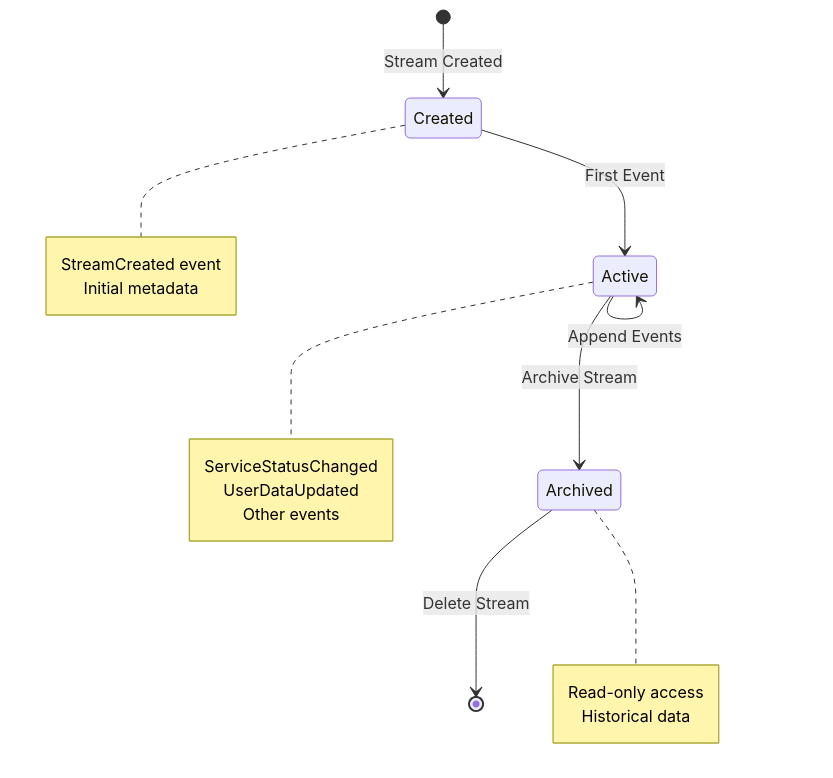
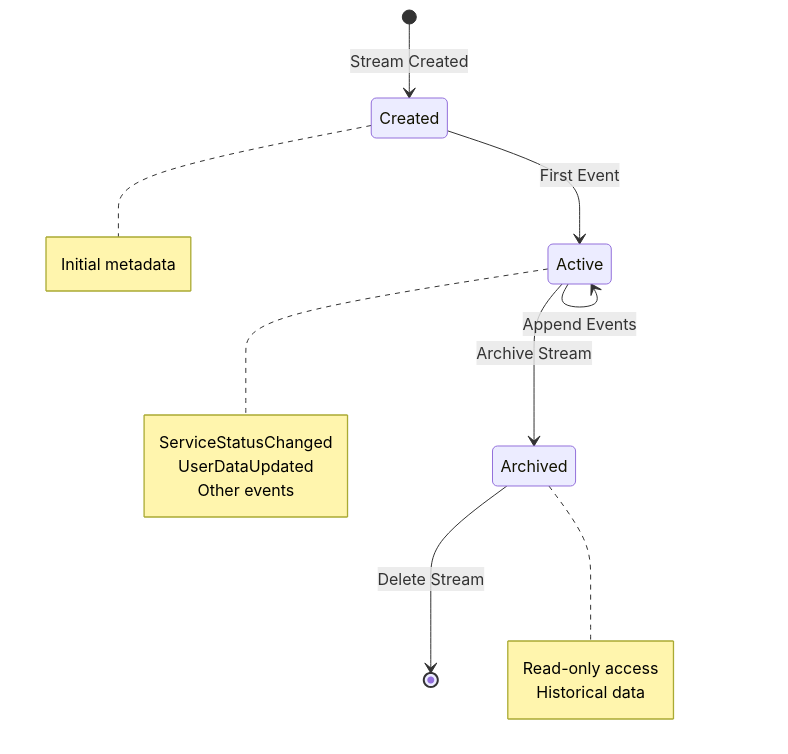
One commit to MaximEdogawa/penguin-pool changed the fifth of 6 diagrams in backend/docs/STREAM_ARCHITECTURE.md. Above: the diagram before and after it, drawn with Mermaid. The commit also changed other lines of this file and 6 other files, not shown here.

````diff
--- a/backend/docs/STREAM_ARCHITECTURE.md
+++ b/backend/docs/STREAM_ARCHITECTURE.md
@@ -162,24 +161,23 @@
 ```mermaid
 stateDiagram-v2
     [*] --> Created: Stream Created
     Created --> Active: First Event
     Active --> Active: Append Events
     Active --> Archived: Archive Stream
     Archived --> [*]: Delete Stream
 
     note right of Created
-        StreamCreated event
         Initial metadata
     end note
 
     note right of Active
         ServiceStatusChanged
         UserDataUpdated
         Other events
     end note
 
     note right of Archived
         Read-only access
         Historical data
     end note
 ```
````
